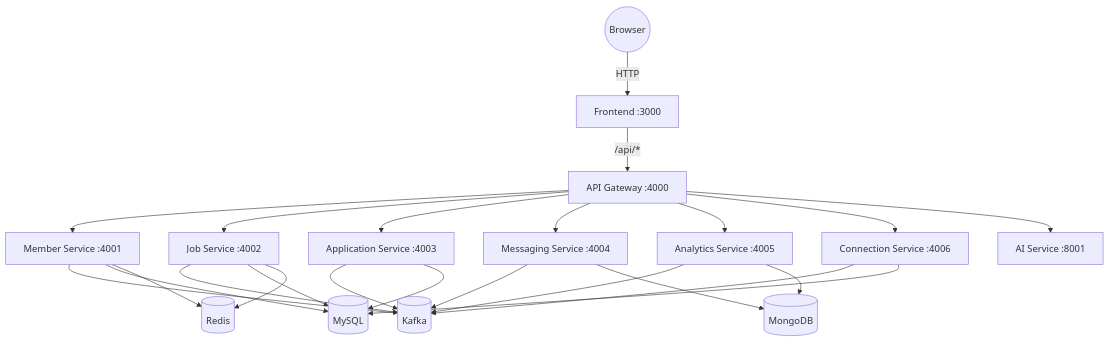
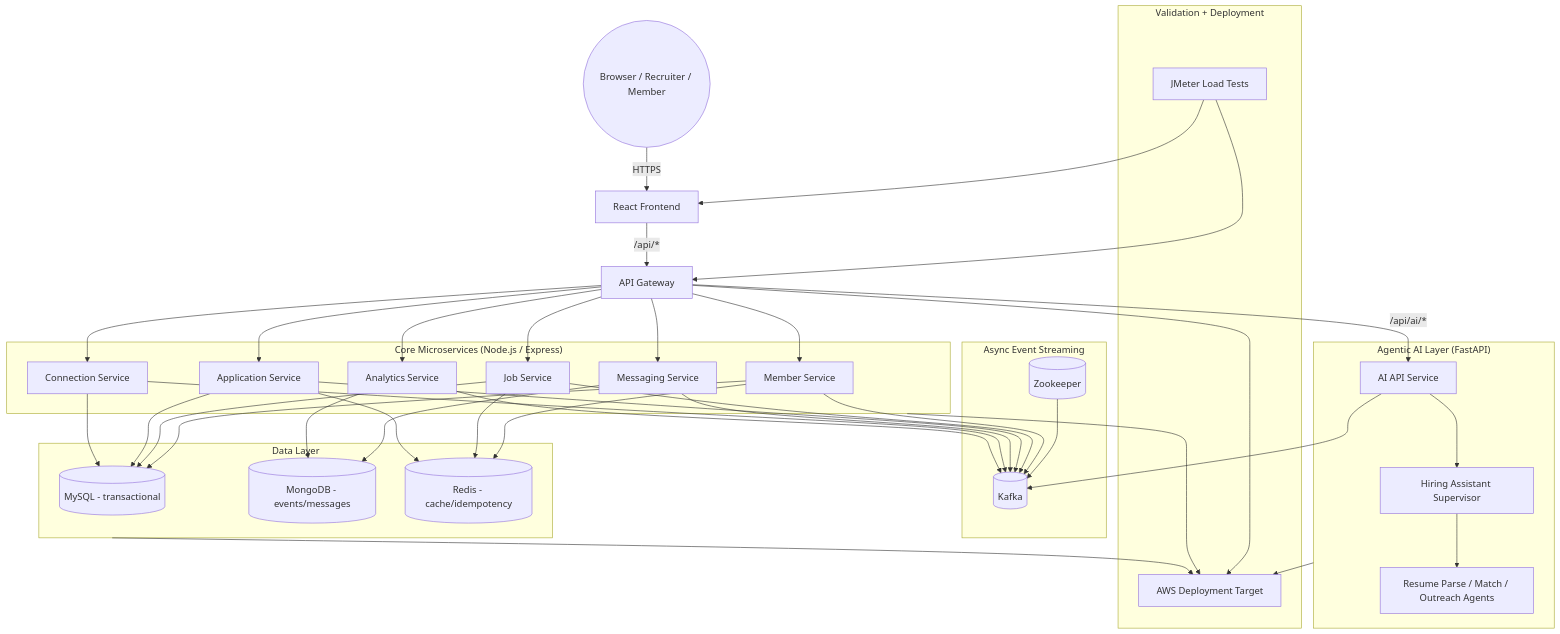
The diagram in README.md (snehas-SJSU/DS_Project_236), drawn with Mermaid before and after one commit. The commit also changed other lines of this file, not shown here.

Commit message:
docs: expand architecture diagram to full target scope
Update README architecture to include the full end-state design with agentic AI orchestration, event streaming, data stores, and planned JMeter/AWS deployment components.

Made-with: Cursor

````diff
--- a/README.md
+++ b/README.md
@@ -10,29 +10,70 @@
 ```mermaid
 graph TD
-    User((Browser)) -->|HTTP| FE[Frontend :3000]
-    FE -->|/api/*| Gateway[API Gateway :4000]
+    User((Browser / Recruiter / Member)) -->|HTTPS| FE[React Frontend]
+    FE -->|/api/*| Gateway[API Gateway]
 
-    Gateway --> Member[Member Service :4001]
-    Gateway --> Job[Job Service :4002]
-    Gateway --> App[Application Service :4003]
-    Gateway --> Msg[Messaging Service :4004]
-    Gateway --> Analytics[Analytics Service :4005]
-    Gateway --> Conn[Connection Service :4006]
-    Gateway --> AI[AI Service :8001]
+    subgraph Core_Microservices["Core Microservices (Node.js / Express)"]
+      Member[Member Service]
+      Job[Job Service]
+      App[Application Service]
+      Msg[Messaging Service]
+      Analytics[Analytics Service]
+      Conn[Connection Service]
+    end
 
-    Member --> Kafka[(Kafka)]
+    Gateway --> Member
+    Gateway --> Job
+    Gateway --> App
+    Gateway --> Msg
+    Gateway --> Analytics
+    Gateway --> Conn
+
+    subgraph Agentic_AI["Agentic AI Layer (FastAPI)"]
+      AIAPI[AI API Service]
+      Supervisor[Hiring Assistant Supervisor]
+      Skills[Resume Parse / Match / Outreach Agents]
+    end
+
+    Gateway -->|/api/ai/*| AIAPI
+    AIAPI --> Supervisor
+    Supervisor --> Skills
+
+    subgraph Event_Streaming["Async Event Streaming"]
+      Kafka[(Kafka)]
+      ZK[(Zookeeper)]
+    end
+    ZK --> Kafka
+    Member --> Kafka
     Job --> Kafka
     App --> Kafka
     Msg --> Kafka
     Conn --> Kafka
     Analytics --> Kafka
+    AIAPI --> Kafka
 
-    Member --> MySQL[(MySQL)]
+    subgraph Data_Stores["Data Layer"]
+      MySQL[(MySQL - transactional)]
+      Mongo[(MongoDB - events/messages)]
+      Redis[(Redis - cache/idempotency)]
+    end
+    Member --> MySQL
     Job --> MySQL
     App --> MySQL
     Conn --> MySQL
-    Msg --> Mongo[(MongoDB)]
+    Msg --> Mongo
     Analytics --> Mongo
-    Member --> Redis[(Redis)]
+    Member --> Redis
     Job --> Redis
+    App --> Redis
+
+    subgraph Validation_Deployment["Validation + Deployment"]
+      JMeter[JMeter Load Tests]
+      AWS[AWS Deployment Target]
+    end
+    JMeter --> FE
+    JMeter --> Gateway
+    Gateway --> AWS
+    Core_Microservices --> AWS
+    Agentic_AI --> AWS
+    Data_Stores --> AWS
 ```
````
